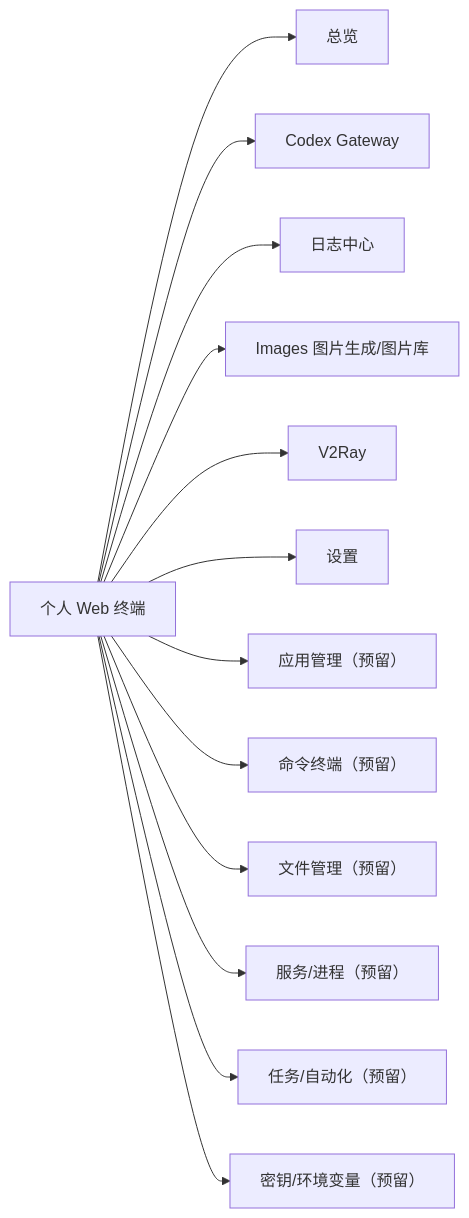
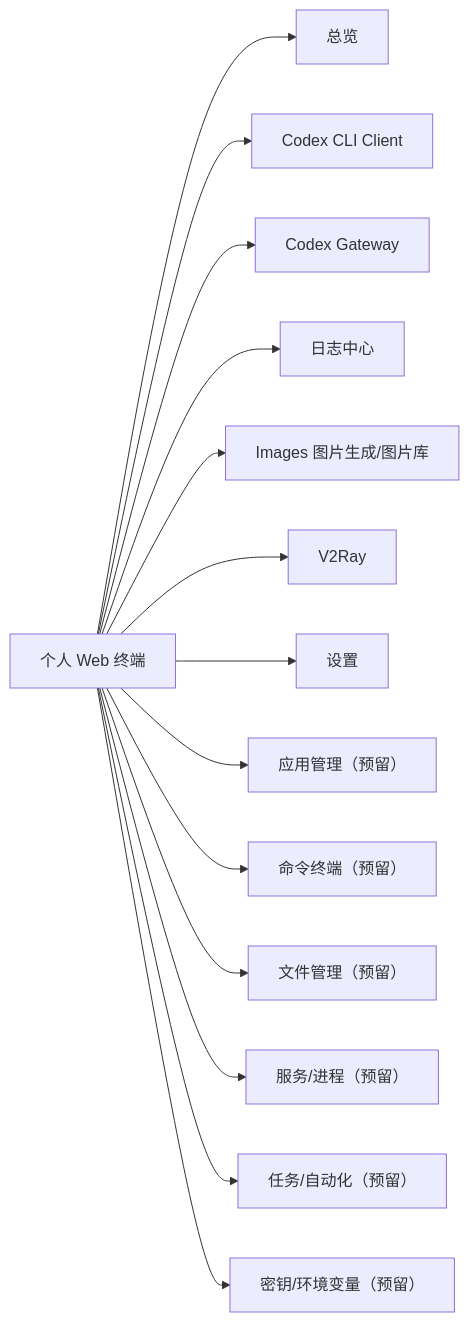
The first of 2 diagrams in docs/personal-web-terminal-product-features.md (NageNalock/phantom-lancer), drawn with Mermaid before and after one commit. The commit also changed other lines of this file and 3 other files, not shown here.

````diff
--- a/docs/personal-web-terminal-product-features.md
+++ b/docs/personal-web-terminal-product-features.md
@@ -65,15 +73,16 @@
 ```mermaid
 flowchart LR
   Console["个人 Web 终端"] --> Dashboard["总览"]
+  Console --> Codex["Codex CLI Client"]
   Console --> Gateway["Codex Gateway"]
   Console --> Logs["日志中心"]
   Console --> Images["Images 图片生成/图片库"]
   Console --> V2Ray["V2Ray"]
   Console --> Settings["设置"]
   Console --> Apps["应用管理（预留）"]
   Console --> Shell["命令终端（预留）"]
   Console --> Files["文件管理（预留）"]
   Console --> Services["服务/进程（预留）"]
   Console --> Jobs["任务/自动化（预留）"]
   Console --> Secrets["密钥/环境变量（预留）"]
 ```
````
